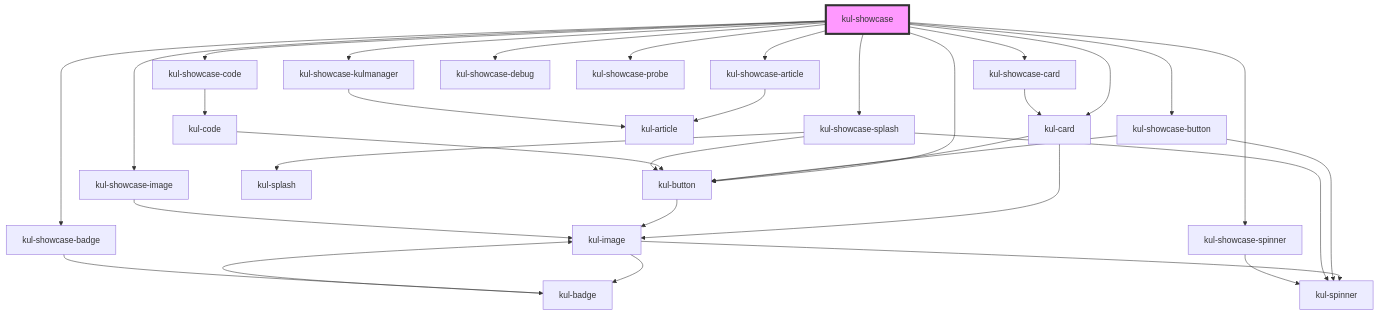
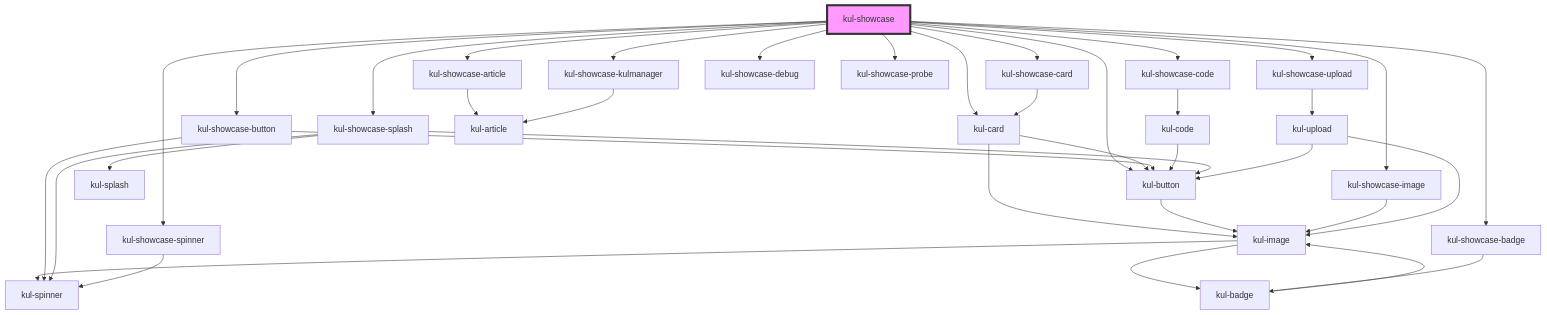
One commit to smeup/ketchup changed the diagram in packages/ketchup-lite/src/components/kul-showcase/readme.md. Above: the diagram before and after it, drawn with Mermaid. The commit also changed other lines of this file and 3 other files, not shown here.

````diff
--- a/packages/ketchup-lite/src/components/kul-showcase/readme.md
+++ b/packages/ketchup-lite/src/components/kul-showcase/readme.md
@@ -96,36 +97,40 @@
 ```mermaid
 graph TD;
   kul-showcase --> kul-card
   kul-showcase --> kul-showcase-article
   kul-showcase --> kul-showcase-badge
   kul-showcase --> kul-showcase-button
   kul-showcase --> kul-showcase-card
   kul-showcase --> kul-showcase-code
   kul-showcase --> kul-showcase-image
   kul-showcase --> kul-showcase-splash
   kul-showcase --> kul-showcase-spinner
+  kul-showcase --> kul-showcase-upload
   kul-showcase --> kul-showcase-kulmanager
   kul-showcase --> kul-showcase-debug
   kul-showcase --> kul-showcase-probe
   kul-showcase --> kul-button
   kul-card --> kul-image
   kul-card --> kul-button
   kul-image --> kul-spinner
   kul-image --> kul-badge
   kul-badge --> kul-image
   kul-button --> kul-image
   kul-showcase-article --> kul-article
   kul-showcase-badge --> kul-badge
   kul-showcase-button --> kul-button
   kul-showcase-button --> kul-spinner
   kul-showcase-card --> kul-card
   kul-showcase-code --> kul-code
   kul-code --> kul-button
   kul-showcase-image --> kul-image
   kul-showcase-splash --> kul-button
   kul-showcase-splash --> kul-splash
   kul-showcase-splash --> kul-spinner
   kul-showcase-spinner --> kul-spinner
+  kul-showcase-upload --> kul-upload
+  kul-upload --> kul-image
+  kul-upload --> kul-button
   kul-showcase-kulmanager --> kul-article
   style kul-showcase fill:#f9f,stroke:#333,stroke-width:4px
 ```
````
